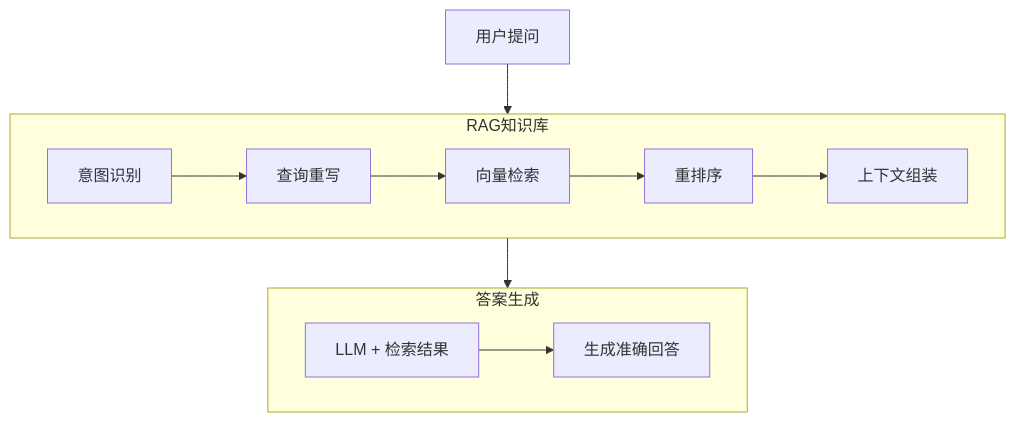
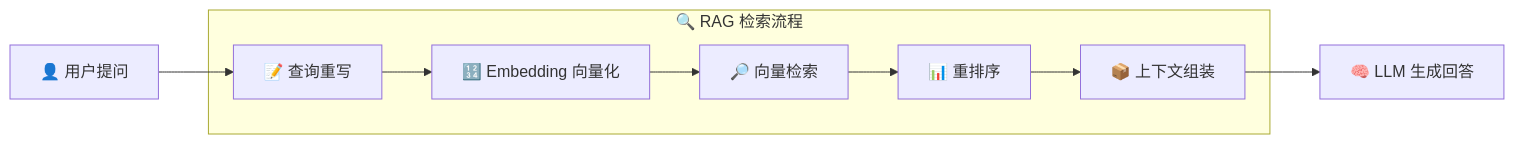
The second of 5 diagrams in note/11.ai/training/lession1/README.md (wb04307201/wb04307201), drawn with Mermaid before and after one commit. The commit also changed other lines of this file and 2 other files, not shown here.

````diff
--- a/note/11.ai/training/lession1/README.md
+++ b/note/11.ai/training/lession1/README.md
@@ -202,16 +164,15 @@
 ```mermaid
-graph TB
-    subgraph RAG[RAG知识库]
-        B[意图识别] --> C[查询重写]
-        C --> D[向量检索]
-        D --> E[重排序]
-        E --> F[上下文组装]
+graph LR
+    A["👤 用户提问"]
+    
+    subgraph RETRIEVE["🔍 RAG 检索流程"]
+        B["📝 查询重写"]
+        B --> C["🔢 Embedding 向量化"]
+        C --> D["🔎 向量检索"]
+        D --> E["📊 重排序"]
+        E --> F["📦 上下文组装"]
     end
     
-    subgraph ANSWER[答案生成]
-        G[LLM + 检索结果] --> H[生成准确回答]
-    end
-    
-    A[用户提问] --> RAG
-    RAG --> ANSWER
+    A --> B
+    F --> G["🧠 LLM 生成回答"]
 ```
````
